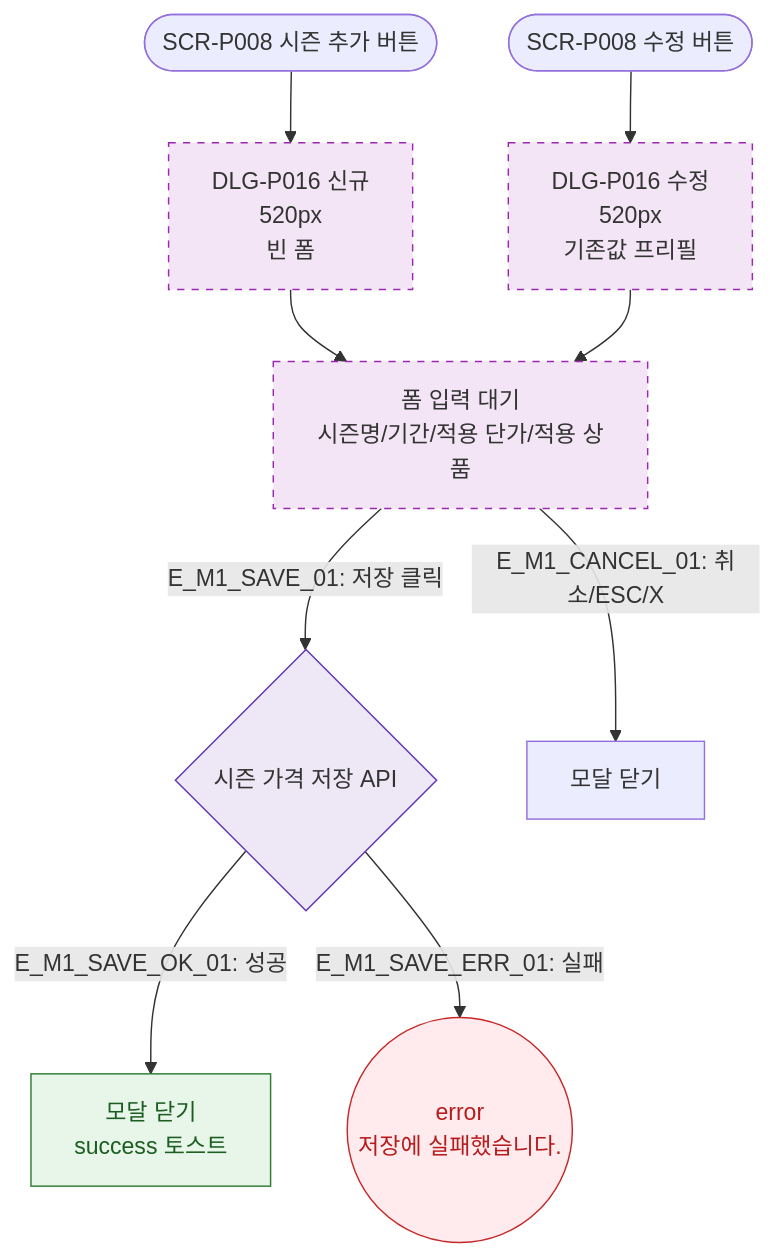
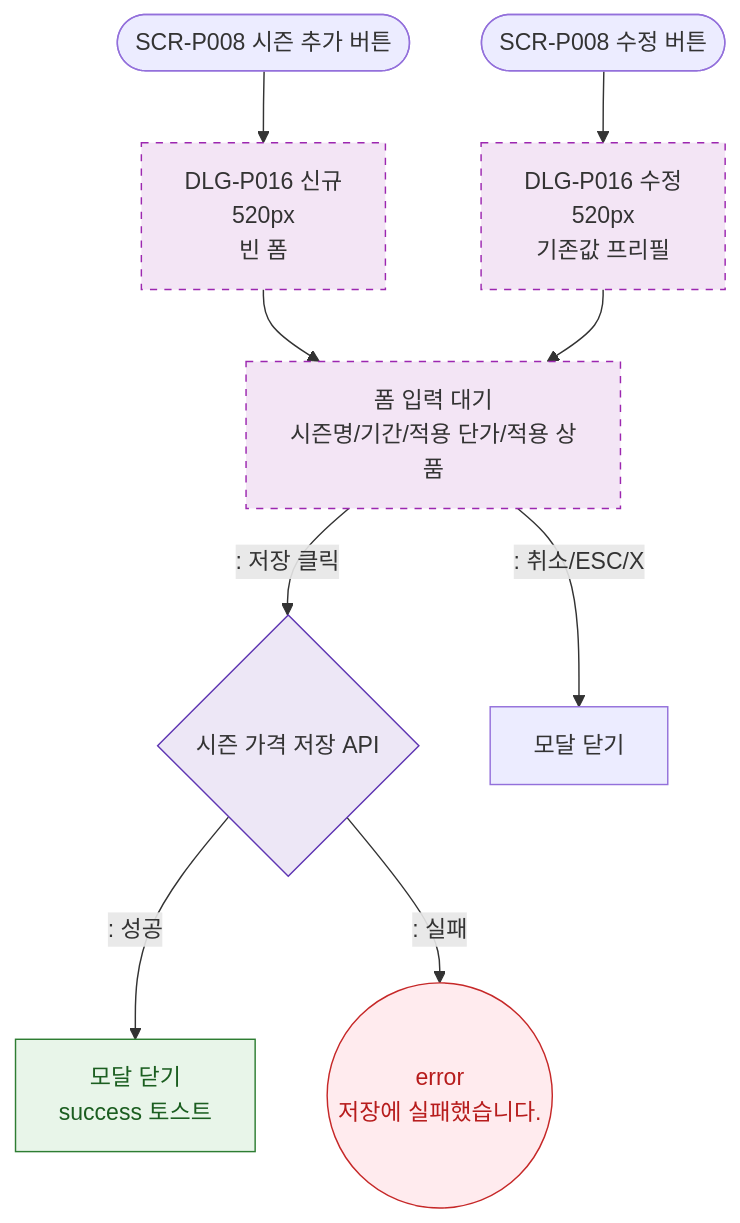
Before and after one commit to dev-spogym/admin-pando: the diagram in docs/다이어그램/D05_상품관리/DLG/DLG-P016_시즌가격등록수정/M1_모달생명주기.md, drawn with Mermaid. The commit also changed other lines of this file and 1660 other files, not shown here.

First line of the commit message:
다이어그램: 기획자/클라이언트 납품본으로 정리

````diff
--- a/docs/다이어그램/D05_상품관리/DLG/DLG-P016_시즌가격등록수정/M1_모달생명주기.md
+++ b/docs/다이어그램/D05_상품관리/DLG/DLG-P016_시즌가격등록수정/M1_모달생명주기.md
@@ -16,22 +14,22 @@
 ```mermaid
 flowchart TD
     TRIGGER_NEW([SCR-P008 시즌 추가 버튼]) --> OpenNew[DLG-P016 신규\n520px\n빈 폼]
     TRIGGER_EDIT([SCR-P008 수정 버튼]) --> OpenEdit[DLG-P016 수정\n520px\n기존값 프리필]
 
     OpenNew & OpenEdit --> Ready[폼 입력 대기\n시즌명/기간/적용 단가/적용 상품]
 
-    Ready -->|"E_M1_SAVE_01: 저장 클릭"| SaveAPI{시즌 가격 저장 API}
-    SaveAPI -->|"E_M1_SAVE_OK_01: 성공"| CloseSuccess[모달 닫기\nsuccess 토스트]
-    SaveAPI -->|"E_M1_SAVE_ERR_01: 실패"| SaveErr((error\n저장에 실패했습니다.))
+    Ready -->|": 저장 클릭"|SaveAPI{시즌 가격 저장 API}
+    SaveAPI -->|": 성공"|CloseSuccess[모달 닫기\nsuccess 토스트]
+    SaveAPI -->|": 실패"|SaveErr((error\n저장에 실패했습니다.))
 
-    Ready -->|"E_M1_CANCEL_01: 취소/ESC/X"| Closed[모달 닫기]
+    Ready -->|": 취소/ESC/X"|Closed[모달 닫기]
 
     classDef newFeature fill:#F3E5F5,stroke:#9C27B0,stroke-dasharray:5 5
     classDef success fill:#E8F5E9,stroke:#2E7D32,color:#1B5E20
     classDef error fill:#FFEBEE,stroke:#C62828,color:#B71C1C
     classDef system fill:#EDE7F6,stroke:#5E35B2
     class OpenNew,OpenEdit,Ready newFeature
     class CloseSuccess success
     class SaveErr error
     class SaveAPI system
 ```
````
